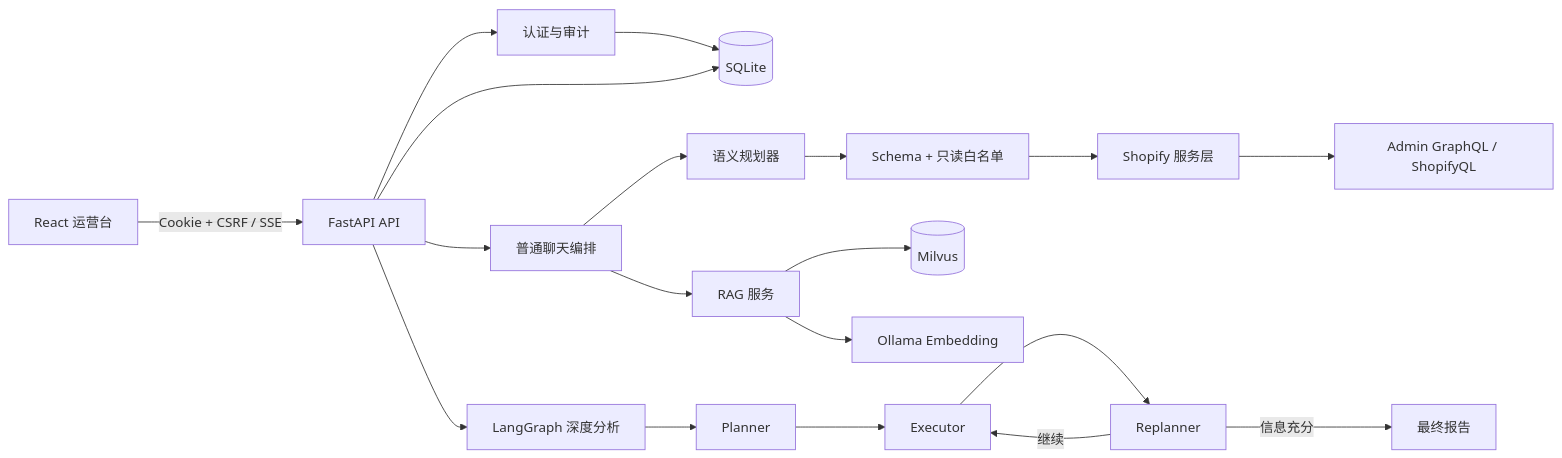
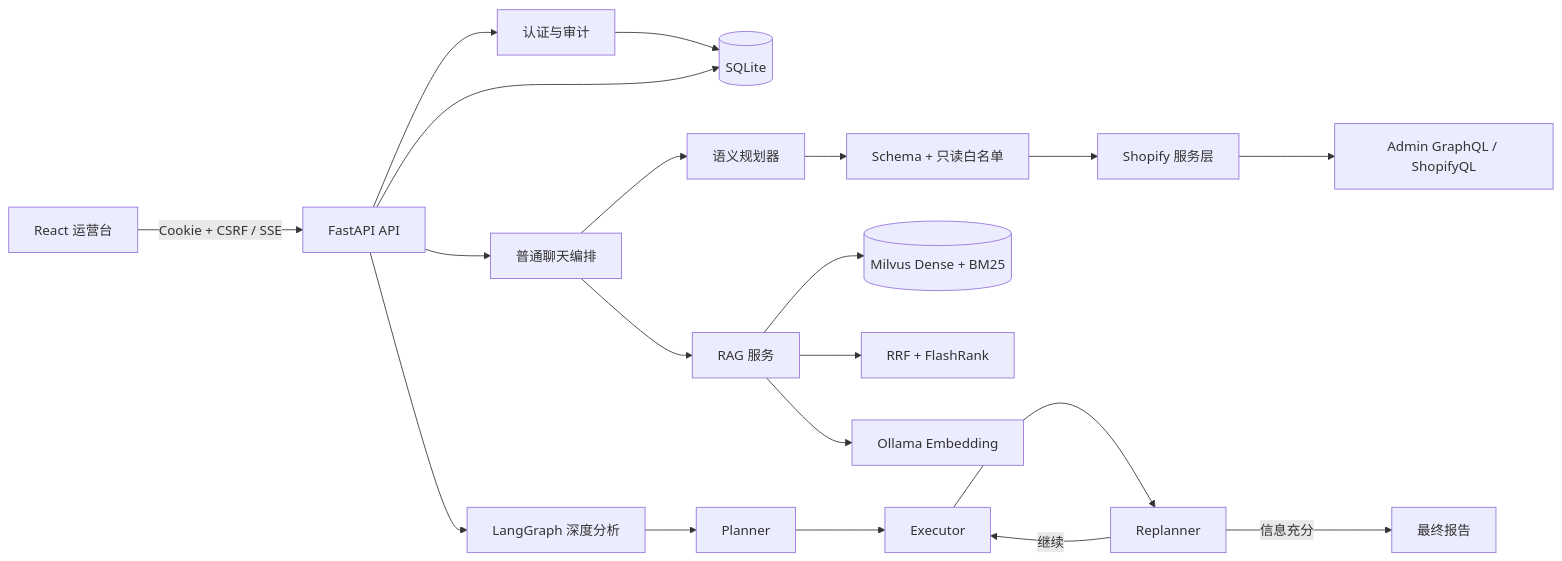
Before and after one commit to Kingfangpeng/shopify-ai-assistant: the diagram in README.md, drawn with Mermaid. The commit also changed other lines of this file and 9 other files, not shown here.

````diff
--- a/README.md
+++ b/README.md
@@ -50,21 +51,22 @@
 ```mermaid
 flowchart LR
     UI[React 运营台] -->|Cookie + CSRF / SSE| API[FastAPI API]
     API --> AUTH[认证与审计]
     AUTH --> DB[(SQLite)]
     API --> CHAT[普通聊天编排]
     CHAT --> SEM[语义规划器]
     SEM --> GUARD[Schema + 只读白名单]
     GUARD --> SHOP[Shopify 服务层]
     SHOP --> ADMIN[Admin GraphQL / ShopifyQL]
     CHAT --> RAG[RAG 服务]
-    RAG --> VEC[(Milvus)]
+    RAG --> VEC[(Milvus Dense + BM25)]
+    RAG --> RANK[RRF + FlashRank]
     RAG --> EMB[Ollama Embedding]
     API --> OPS[LangGraph 深度分析]
     OPS --> PLAN[Planner]
     PLAN --> EXEC[Executor]
     EXEC --> REPLAN[Replanner]
     REPLAN -->|继续| EXEC
     REPLAN -->|信息充分| REPORT[最终报告]
     API --> DB
 ```
````
